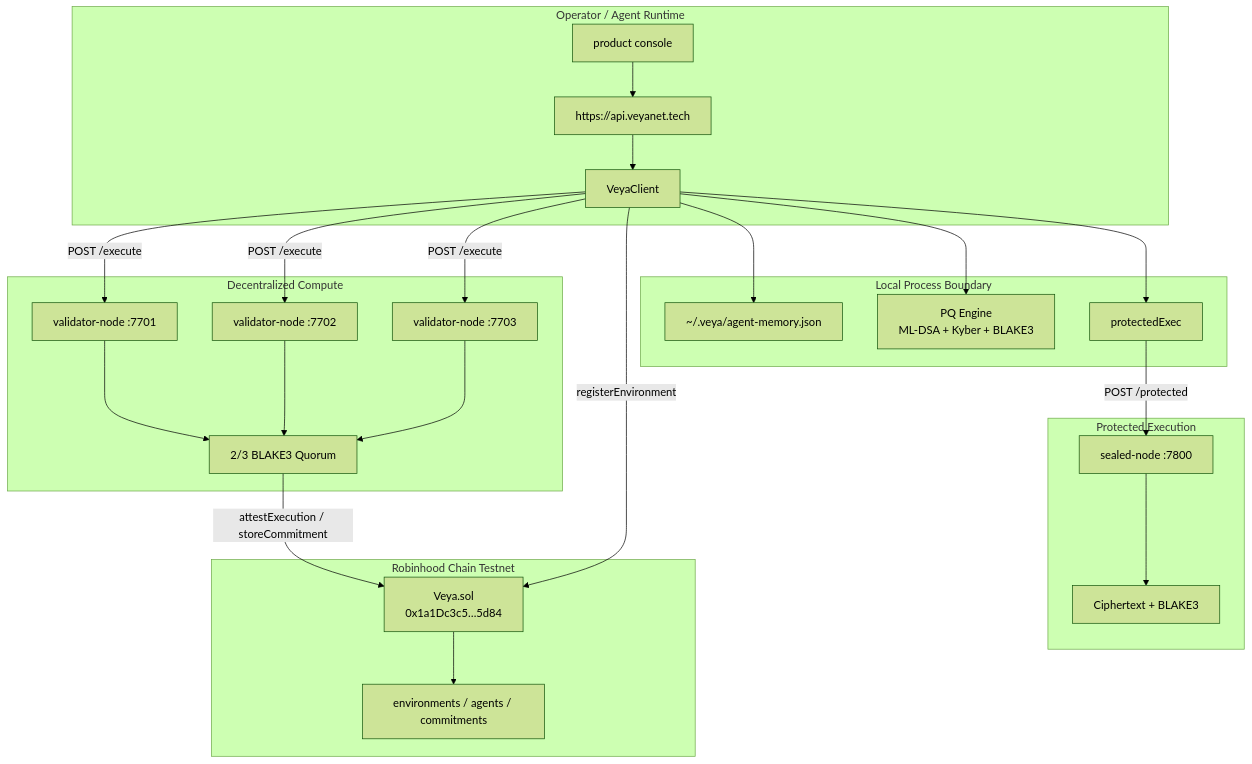
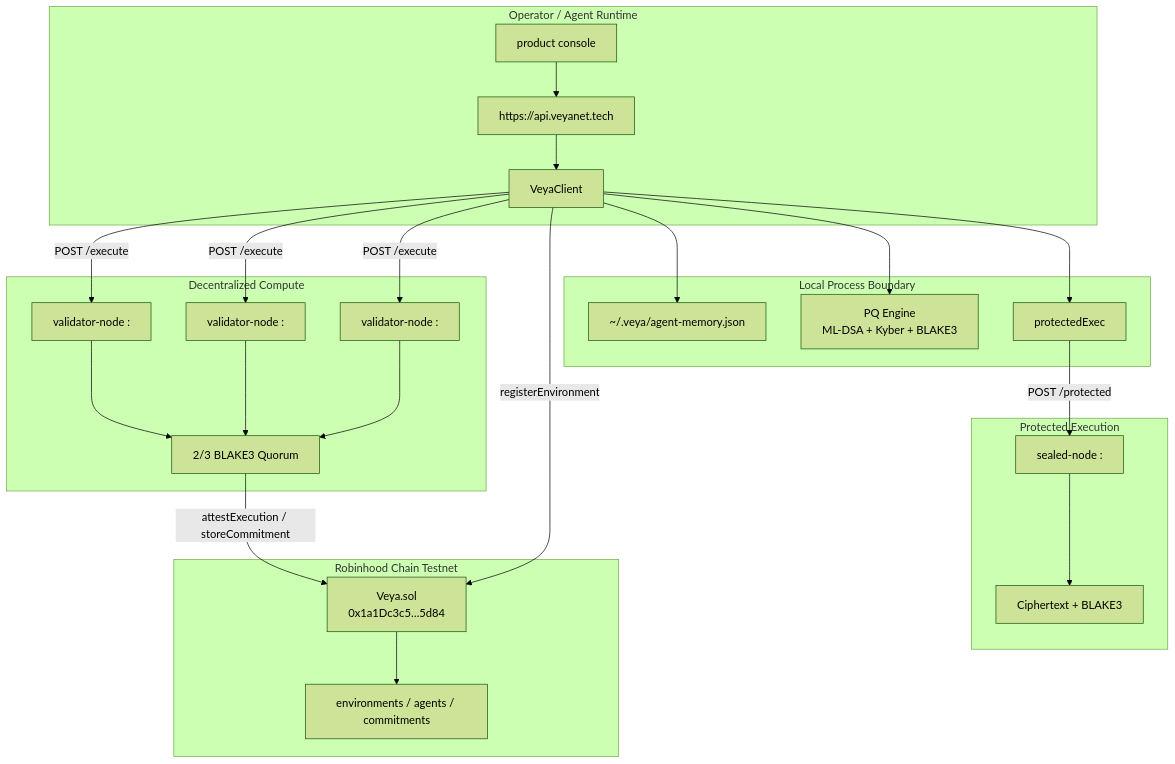
The third of 13 diagrams in docs/ARCHITECTURE.md (veyanet/veya-sdk), drawn with Mermaid (forest theme) before and after one commit. The commit also changed other lines of this file, not shown here.

Commit message:
docs: describe mainnet default in architecture notes

````diff
--- a/docs/ARCHITECTURE.md
+++ b/docs/ARCHITECTURE.md
@@ -254,48 +267,48 @@
 ```mermaid
 flowchart TB
     subgraph OperatorLayer["Operator / Agent Runtime"]
         Client["VeyaClient"]
         API["https://api.veyanet.tech"]
         Dash["product console"]
     end
 
     subgraph LocalBoundary["Local Process Boundary"]
         Store["~/.veya/agent-memory.json"]
         PQ["PQ Engine\nML-DSA + Kyber + BLAKE3"]
         SealClient["protectedExec"]
     end
 
     subgraph ComputeFleet["Decentralized Compute"]
-        V1["validator-node :7701"]
-        V2["validator-node :7702"]
-        V3["validator-node :7703"]
+        V1["validator-node :<port-1>"]
+        V2["validator-node :<port-2>"]
+        V3["validator-node :<port-3>"]
         Quorum["2/3 BLAKE3 Quorum"]
     end
 
     subgraph SealedBoundary["Protected Execution"]
-        SNode["sealed-node :7800"]
+        SNode["sealed-node :<sealed-port>"]
         Cipher["Ciphertext + BLAKE3"]
     end
 
     subgraph Robinhood["Robinhood Chain Testnet"]
         Prog["Veya.sol\n0x1a1Dc3c5…5d84"]
         Maps["environments / agents / commitments"]
     end
 
     Dash --> API
     API --> Client
     Client --> PQ
     Client --> Store
     Client --> SealClient
     Client -->|"POST /execute"| V1
     Client -->|"POST /execute"| V2
     Client -->|"POST /execute"| V3
     V1 --> Quorum
     V2 --> Quorum
     V3 --> Quorum
     SealClient -->|"POST /protected"| SNode
     SNode --> Cipher
     Quorum -->|"attestExecution / storeCommitment"| Prog
     Client -->|"registerEnvironment"| Prog
     Prog --> Maps
 ```
````
